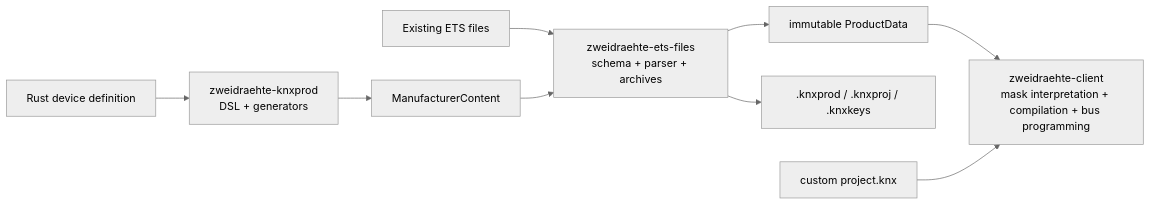
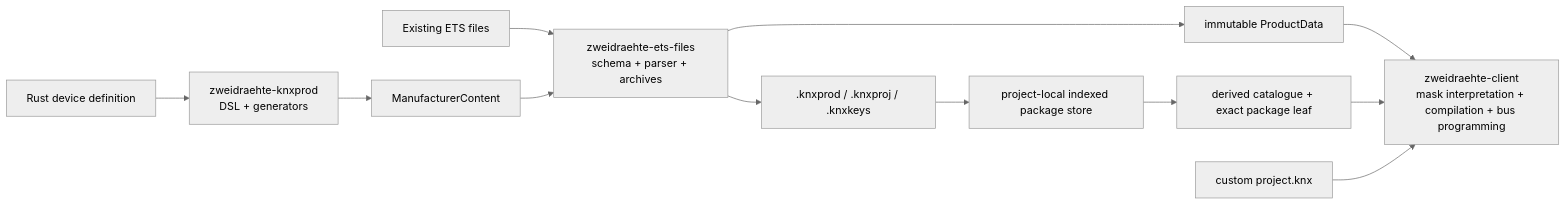
Before and after one commit to ntrnnr/zweidraehte: the diagram in docs/ETS_FILES.md, drawn with Mermaid (neutral theme). The commit also changed other lines of this file and 400 other files, not shown here.

````diff
--- a/docs/ETS_FILES.md
+++ b/docs/ETS_FILES.md
@@ -9,11 +9,14 @@
 ```mermaid
 flowchart LR
     Definition["Rust device definition"] --> Generator["zweidraehte-knxprod<br/>DSL + generators"]
     Generator --> Content["ManufacturerContent"]
     Imported["Existing ETS files"] --> Files["zweidraehte-ets-files<br/>schema + parser + archives"]
     Content --> Files
     Files --> Product["immutable ProductData"]
     Files --> Package[".knxprod / .knxproj / .knxkeys"]
+    Package --> Store["project-local indexed package store"]
+    Store --> Virtual["derived catalogue + exact package leaf"]
     Product --> Client["zweidraehte-client<br/>mask interpretation + compilation + bus programming"]
+    Virtual --> Client
     Project["custom project.knx"] --> Client
 ```
````
